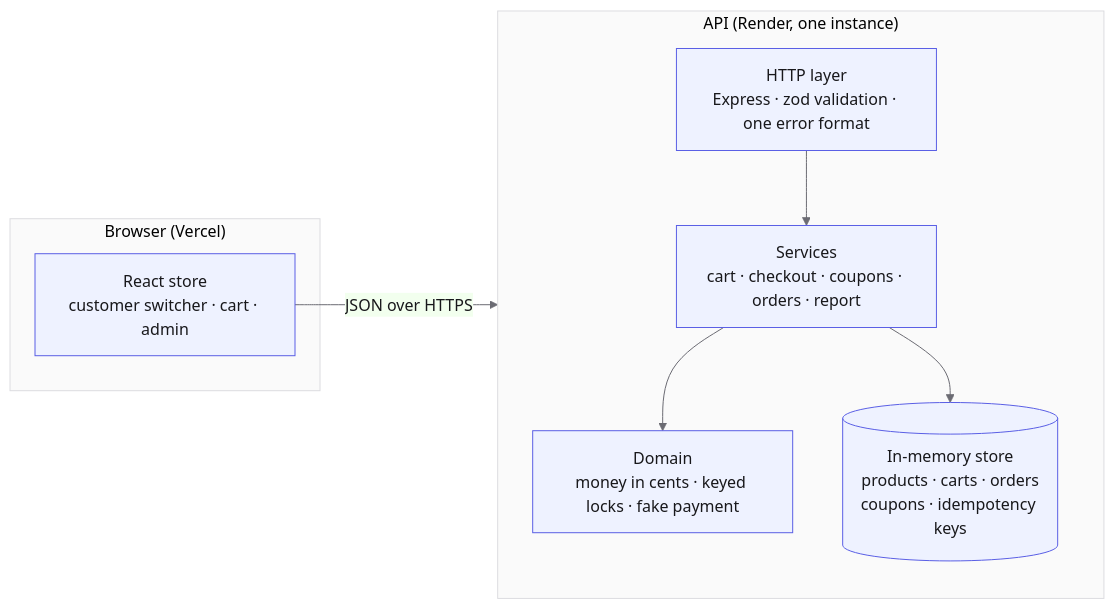
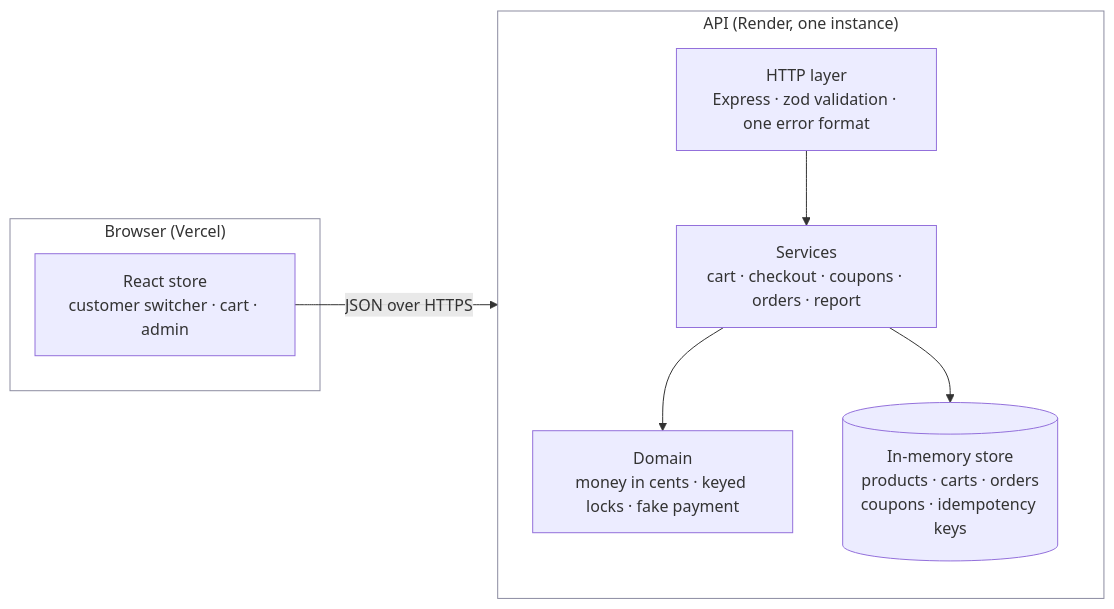
One commit to rahuljhas/ublinox changed the first of 9 diagrams in DECISIONS.md. Above: the diagram before and after it, drawn with Mermaid. The commit also changed other lines of this file, not shown here.

Commit message:
Make diagrams readable in light and dark mode: let arrows and labels follow the viewer's theme

````diff
--- a/DECISIONS.md
+++ b/DECISIONS.md
@@ -30,18 +30,18 @@
 ```mermaid
-%%{init: {'theme': 'base', 'themeVariables': {'primaryColor': '#eef2ff', 'primaryBorderColor': '#5a5fe5', 'primaryTextColor': '#18181b', 'lineColor': '#6b6b73', 'clusterBkg': '#fafafa', 'clusterBorder': '#dcdce0'}}}%%
+%%{init: {'themeVariables': {'primaryColor': '#eef2ff', 'primaryBorderColor': '#5a5fe5', 'primaryTextColor': '#18181b', 'clusterBkg': 'transparent', 'clusterBorder': '#8c8ca1', 'actorBkg': '#eef2ff', 'actorBorder': '#5a5fe5', 'actorTextColor': '#18181b', 'noteBkgColor': '#fff7ed', 'noteBorderColor': '#c2410c', 'noteTextColor': '#18181b'}}}%%
 flowchart LR
   subgraph client["Browser (Vercel)"]
     UI["React store<br/>customer switcher · cart · admin"]
   end
   subgraph api["API (Render, one instance)"]
     direction TB
     HTTP["HTTP layer<br/>Express · zod validation · one error format"]
     SVC["Services<br/>cart · checkout · coupons · orders · report"]
     DOM["Domain<br/>money in cents · keyed locks · fake payment"]
     STORE[("In-memory store<br/>products · carts · orders<br/>coupons · idempotency keys")]
     HTTP --> SVC
     SVC --> DOM
     SVC --> STORE
   end
   UI -- "JSON over HTTPS" --> HTTP
 ```
````
